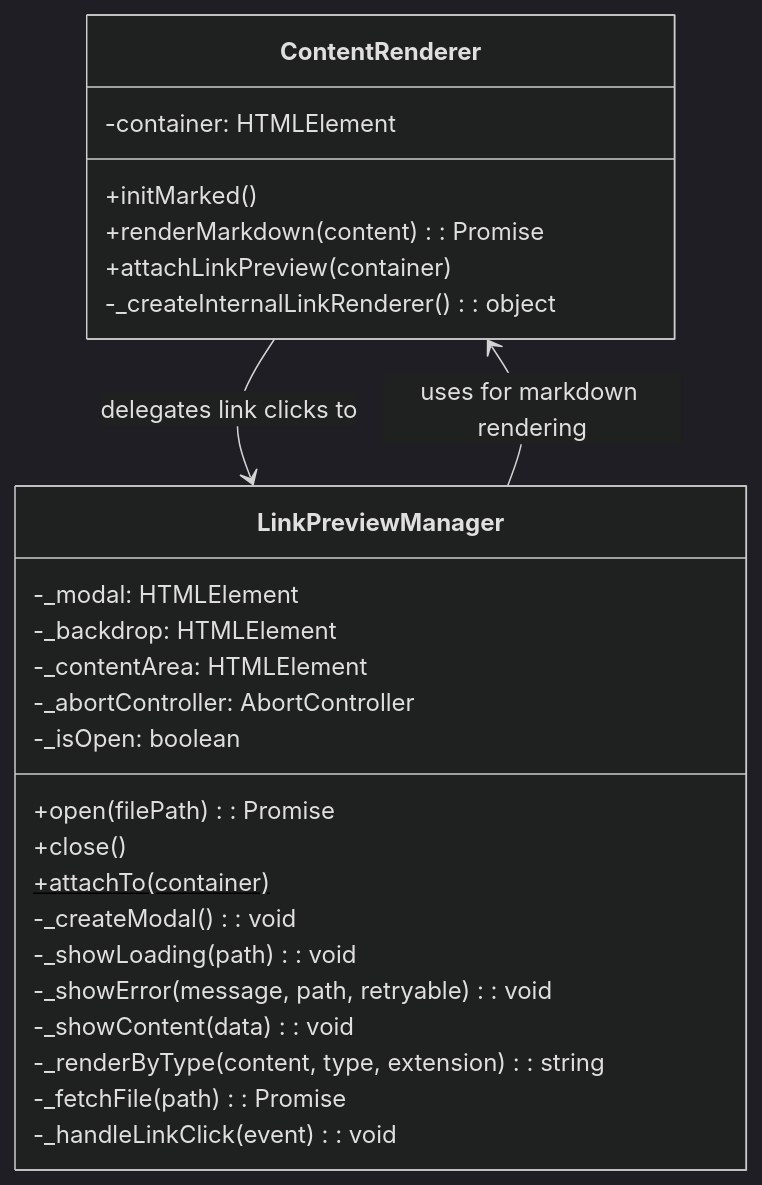
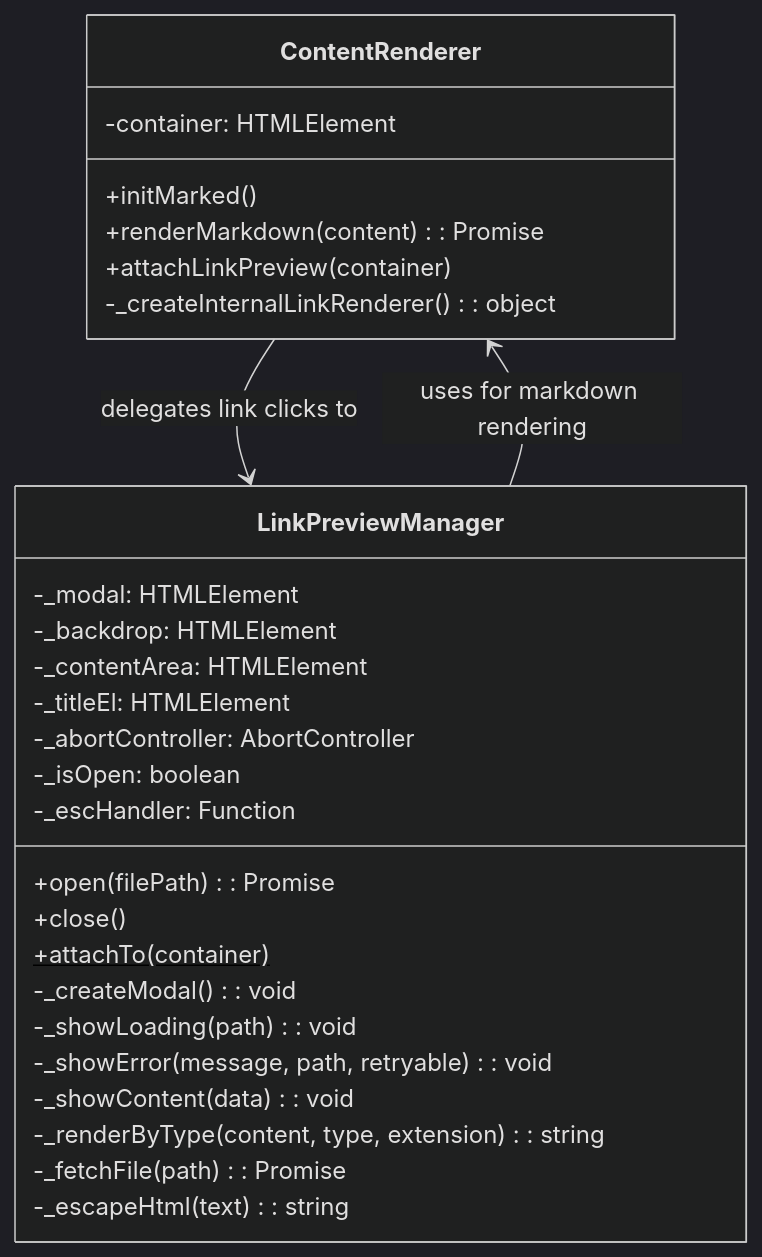
Before and after one commit to Young-Z/X-IPE: the second of 2 diagrams in x-ipe-docs/requirements/EPIC-043/FEATURE-043-A/technical-design.md, drawn with Mermaid (dark theme). The commit also changed other lines of this file and 3 other files, not shown here.

````diff
--- a/x-ipe-docs/requirements/EPIC-043/FEATURE-043-A/technical-design.md
+++ b/x-ipe-docs/requirements/EPIC-043/FEATURE-043-A/technical-design.md
@@ -98,31 +98,33 @@
 ```mermaid
 classDiagram
     class ContentRenderer {
         -container: HTMLElement
         +initMarked()
         +renderMarkdown(content): Promise
         +attachLinkPreview(container)
         -_createInternalLinkRenderer(): object
     }
 
     class LinkPreviewManager {
         -_modal: HTMLElement
         -_backdrop: HTMLElement
         -_contentArea: HTMLElement
+        -_titleEl: HTMLElement
         -_abortController: AbortController
         -_isOpen: boolean
+        -_escHandler: Function
         +open(filePath): Promise
         +close()
         +attachTo(container)$
         -_createModal(): void
         -_showLoading(path): void
         -_showError(message, path, retryable): void
         -_showContent(data): void
         -_renderByType(content, type, extension): string
         -_fetchFile(path): Promise
-        -_handleLinkClick(event): void
+        -_escapeHtml(text): string
     }
 
     ContentRenderer --> LinkPreviewManager : delegates link clicks to
     LinkPreviewManager --> ContentRenderer : uses for markdown rendering
 ```
````
